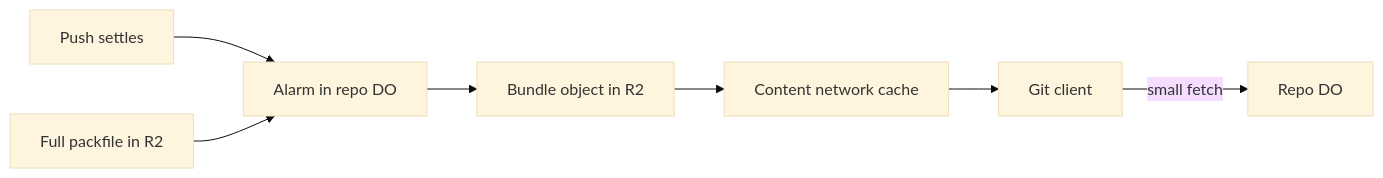
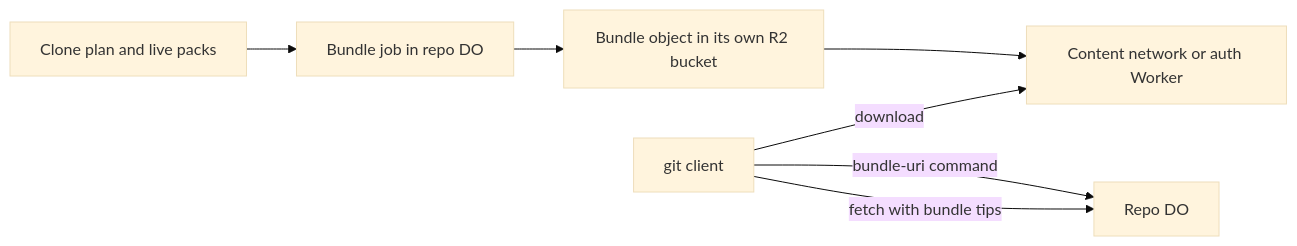
The diagram in plain/bundle-uri.md (idl3/git-edge), drawn with Mermaid (base theme) before and after one commit. The commit also changed other lines of this file and 65 other files, not shown here.

````diff
--- a/plain/bundle-uri.md
+++ b/plain/bundle-uri.md
@@ -36,9 +40,9 @@
 ```mermaid
 flowchart LR
-    P["Push settles"] --> A["Alarm in repo DO"]
-    A --> B["Bundle object in R2"]
-    F["Full packfile in R2"] --> A
-    B --> N["Content network cache"]
-    N --> C["Git client"]
-    C -->|"small fetch"| D["Repo DO"]
+    P["Clone plan and live packs"] --> J["Bundle job in repo DO"]
+    J --> B["Bundle object in its own R2 bucket"]
+    B --> N["Content network or auth Worker"]
+    C["git client"] -->|"bundle-uri command"| D["Repo DO"]
+    C -->|"download"| N
+    C -->|"fetch with bundle tips"| D
 ```
````
